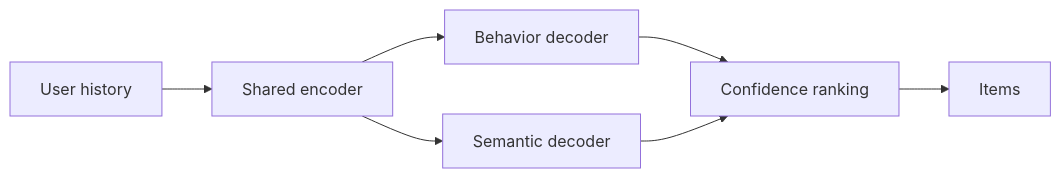
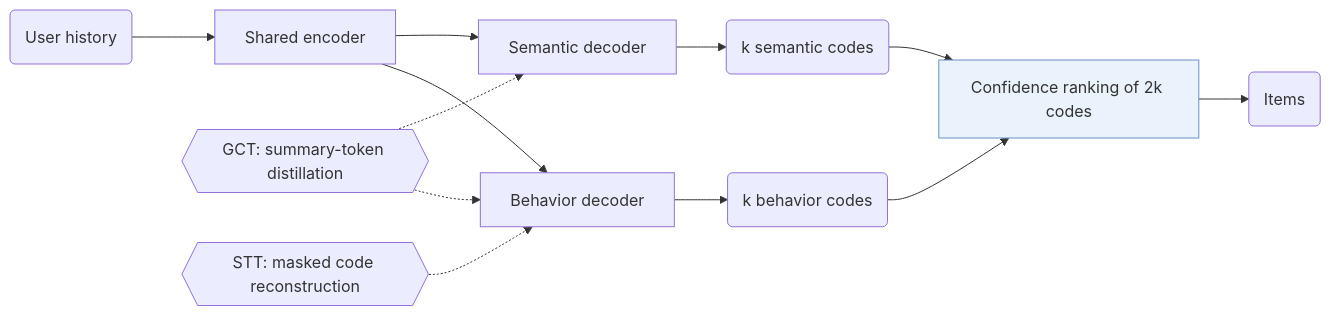
Before and after one commit to Galaxy-ghost/Awesome-SID-Generative-Rec: the diagram in notes/eager.md, drawn with Mermaid. The commit also changed 521 other files, not shown here.

Commit message:
writer-04 part 3: algorithm diagrams with shared shape conventions, README hero and paper cards, archive removed

````diff
--- a/notes/eager.md
+++ b/notes/eager.md
@@ -14,9 +14,15 @@
 ```mermaid
 flowchart LR
-    A[User history] --> B[Shared encoder]
-    B --> C[Behavior decoder]
-    B --> D[Semantic decoder]
-    C --> E[Confidence ranking]
-    D --> E
-    E --> F[Items]
+    A("User history") --> B["Shared encoder"]
+    B --> C["Behavior decoder"]
+    B --> D["Semantic decoder"]
+    C --> E("k behavior codes")
+    D --> F("k semantic codes")
+    E --> G["Confidence ranking of 2k codes"]:::key
+    F --> G
+    G --> H("Items")
+    L1{{"GCT: summary-token distillation"}} -.-> C
+    L1 -.-> D
+    L2{{"STT: masked code reconstruction"}} -.-> C
+    classDef key fill:#eaf2fb,stroke:#6b8fc7
 ```
````
